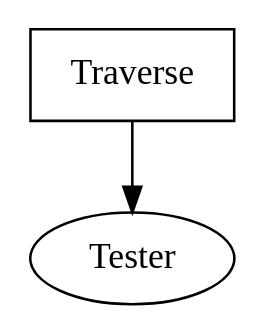
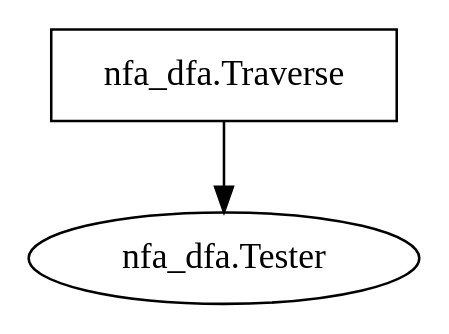
The diagram in Project/output/network.dot (nanathostrup/RegExFPGA), drawn with Graphviz before and after one commit. The commit also changed 35 other files, not shown here.

```diff
--- a/Project/output/network.dot
+++ b/Project/output/network.dot
@@ -1,4 +1,4 @@
 digraph sme_intro {
-"Traverse" [shape=box];
-"Traverse" -> "Tester";
+"nfa_dfa.Traverse" [shape=box];
+"nfa_dfa.Traverse" -> "nfa_dfa.Tester";
 }
```
